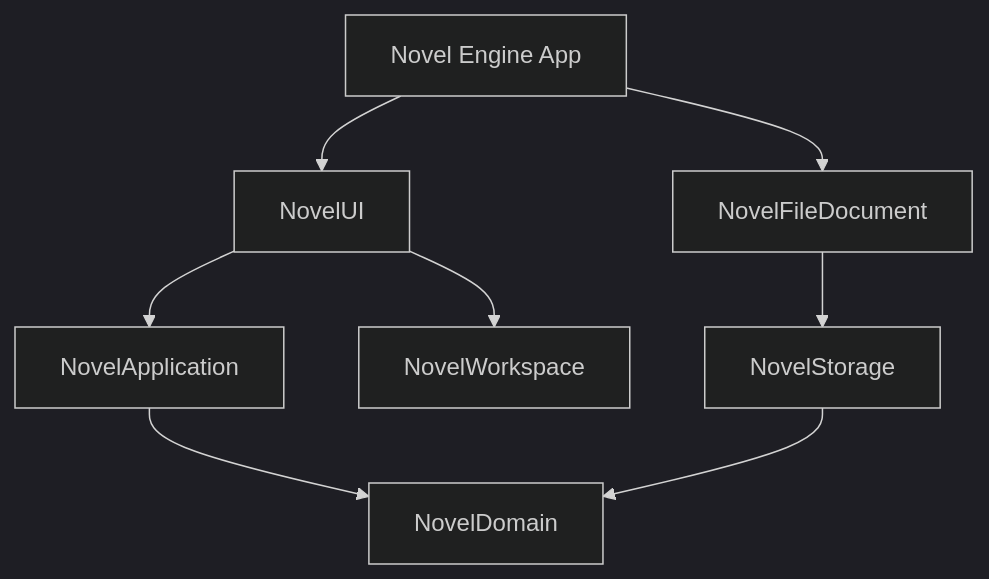
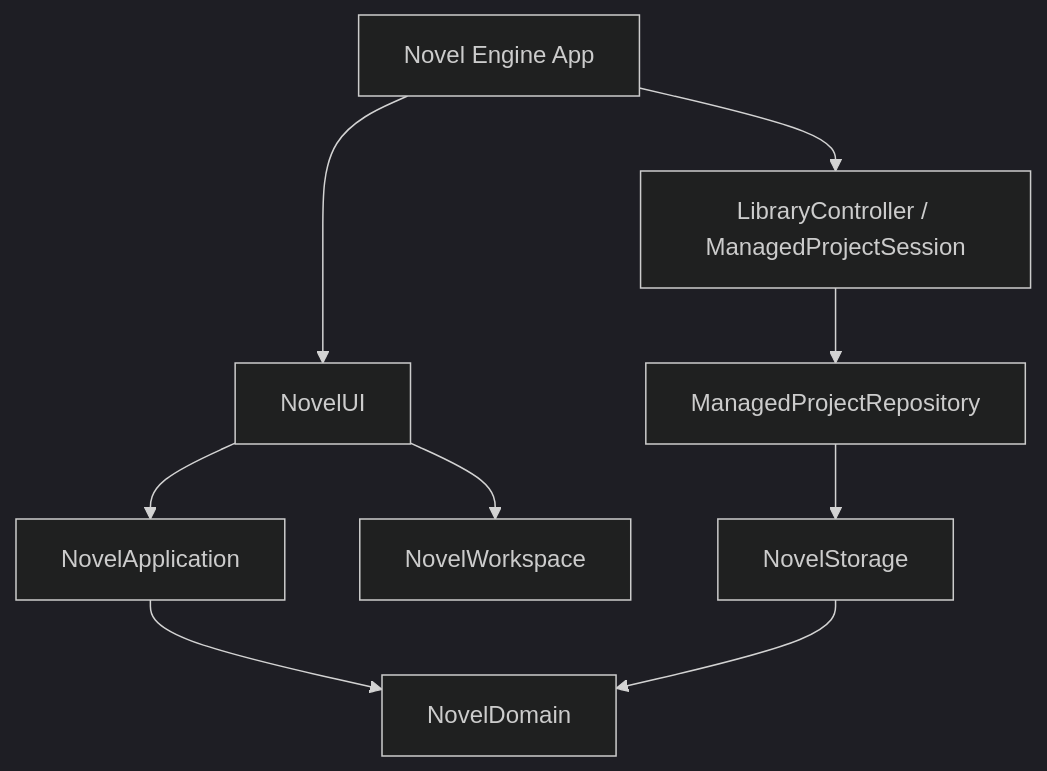
Before and after one commit to Diamond-Fountain-Works/NovelEngine: the diagram in docs/architecture/ARCHITECTURE.md, drawn with Mermaid (dark theme). The commit also changed other lines of this file and 32 other files, not shown here.

````diff
--- a/docs/architecture/ARCHITECTURE.md
+++ b/docs/architecture/ARCHITECTURE.md
@@ -32,10 +32,11 @@
 ```mermaid
 flowchart TD
   App[Novel Engine App] --> UI[NovelUI]
-  App --> File[NovelFileDocument]
+  App --> Library[LibraryController / ManagedProjectSession]
   UI --> UseCase[NovelApplication]
   UseCase --> Domain[NovelDomain]
-  File --> Codec[NovelStorage]
+  Library --> Store[ManagedProjectRepository]
+  Store --> Codec[NovelStorage]
   Codec --> Domain
   UI --> Layout[NovelWorkspace]
 ```
````
